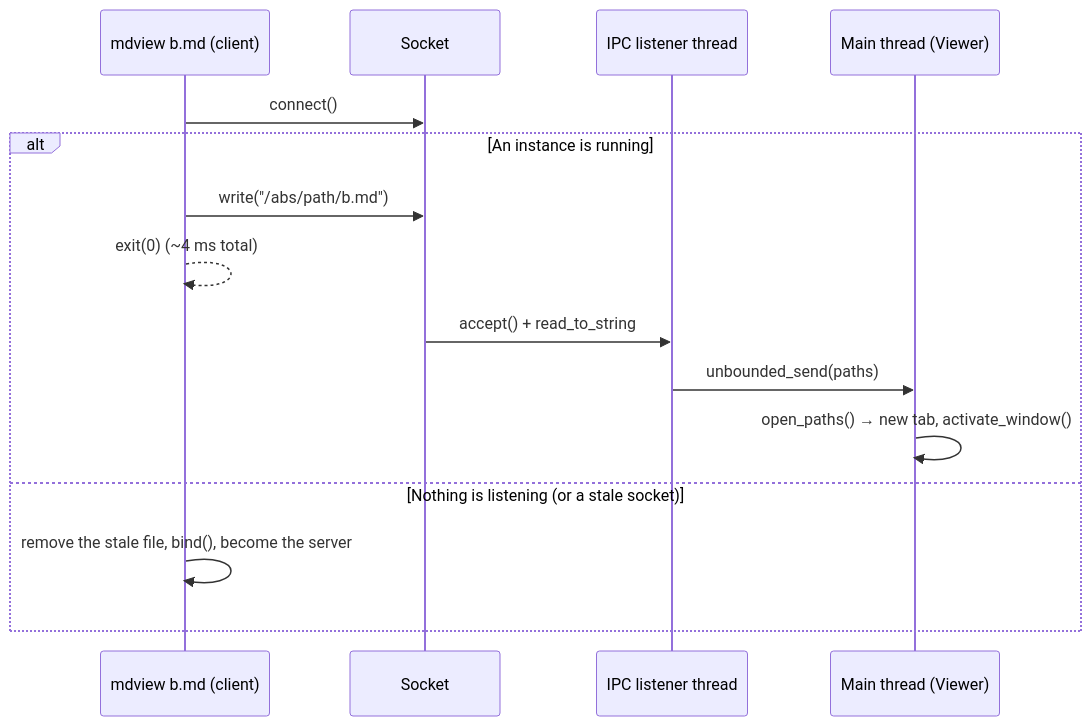
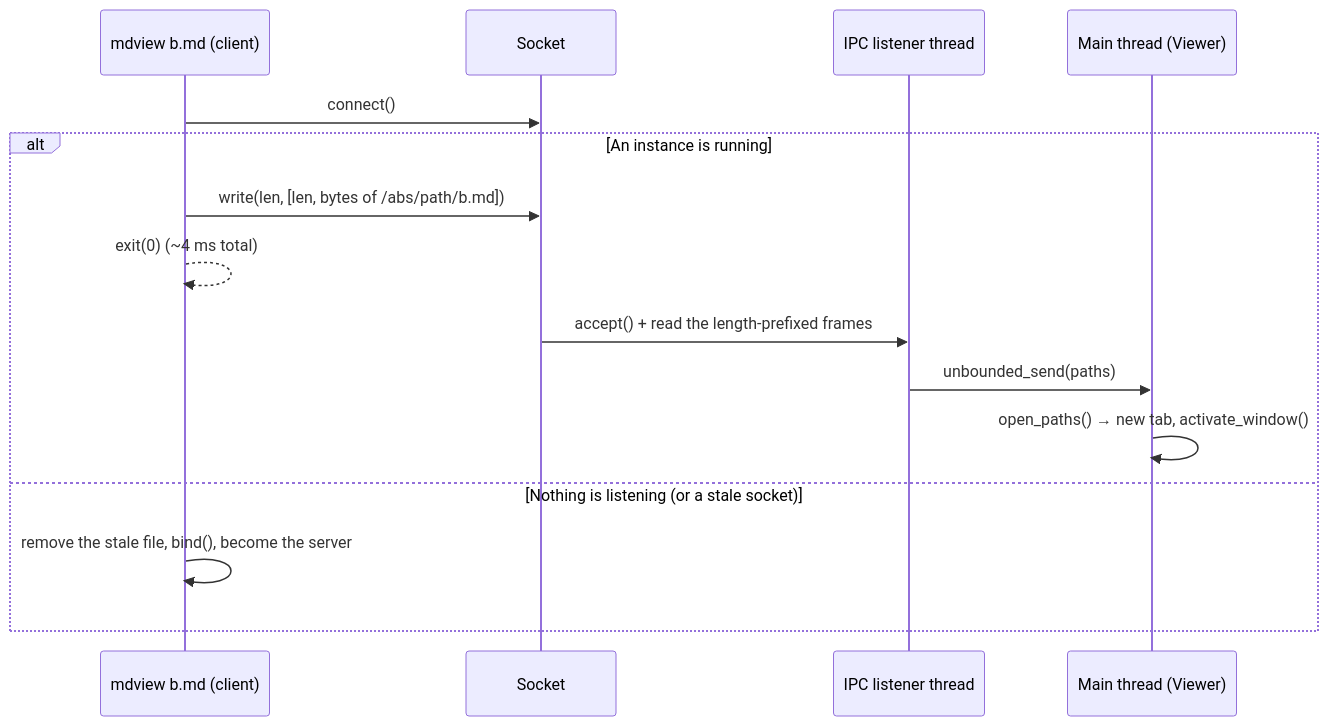
One commit to JorgeAgar/markdown-viewer-zed changed the fifth of 6 diagrams in docs/architecture.md. Above: the diagram before and after it, drawn with Mermaid. The commit also changed other lines of this file and 4 other files, not shown here.

First line of the commit message:
IPC: hand off raw Unix path bytes in length-prefixed frames (#25)

````diff
--- a/docs/architecture.md
+++ b/docs/architecture.md
@@ -248,18 +252,18 @@
 ```mermaid
 sequenceDiagram
     participant C as mdview b.md (client)
     participant S as Socket
     participant L as IPC listener thread
     participant UI as Main thread (Viewer)
 
     C->>S: connect()
     alt An instance is running
-        C->>S: write("/abs/path/b.md")
+        C->>S: write(len, [len, bytes of /abs/path/b.md])
         C-->>C: exit(0) (~4 ms total)
-        S->>L: accept() + read_to_string
+        S->>L: accept() + read the length-prefixed frames
         L->>UI: unbounded_send(paths)
         UI->>UI: open_paths() → new tab, activate_window()
     else Nothing is listening (or a stale socket)
         C->>C: remove the stale file, bind(), become the server
     end
 ```
````
